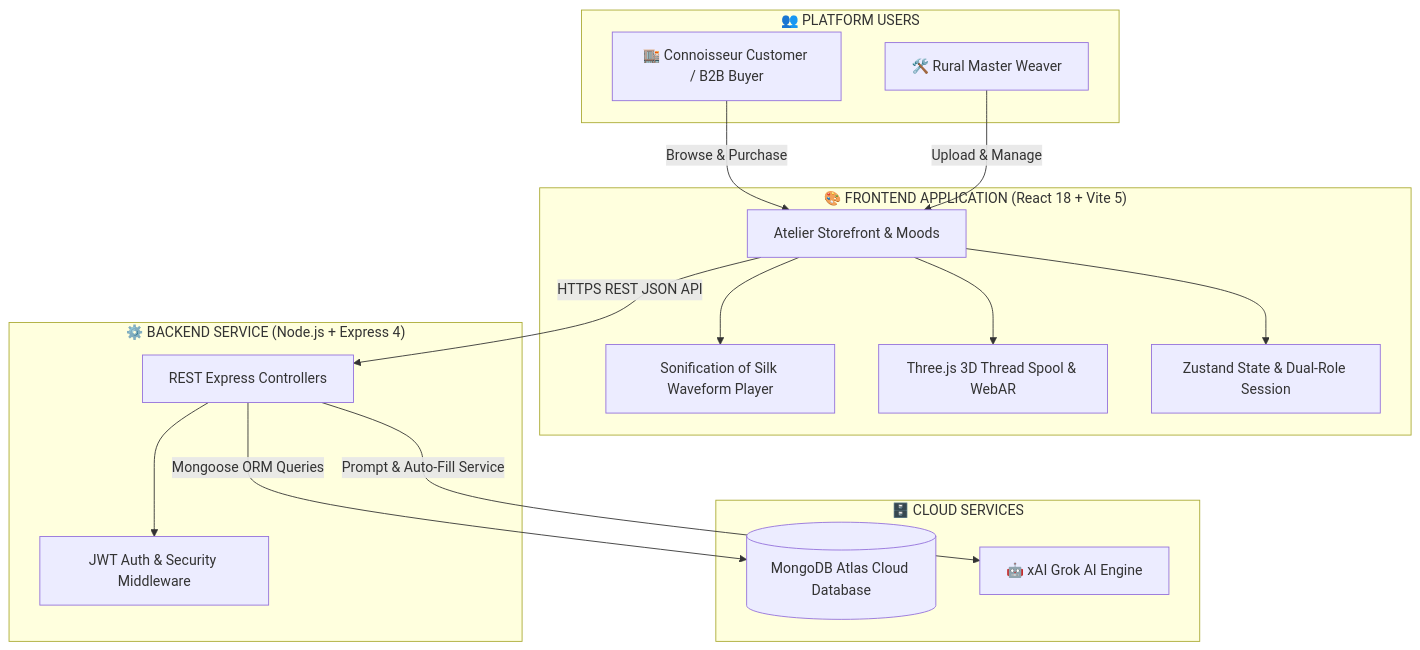
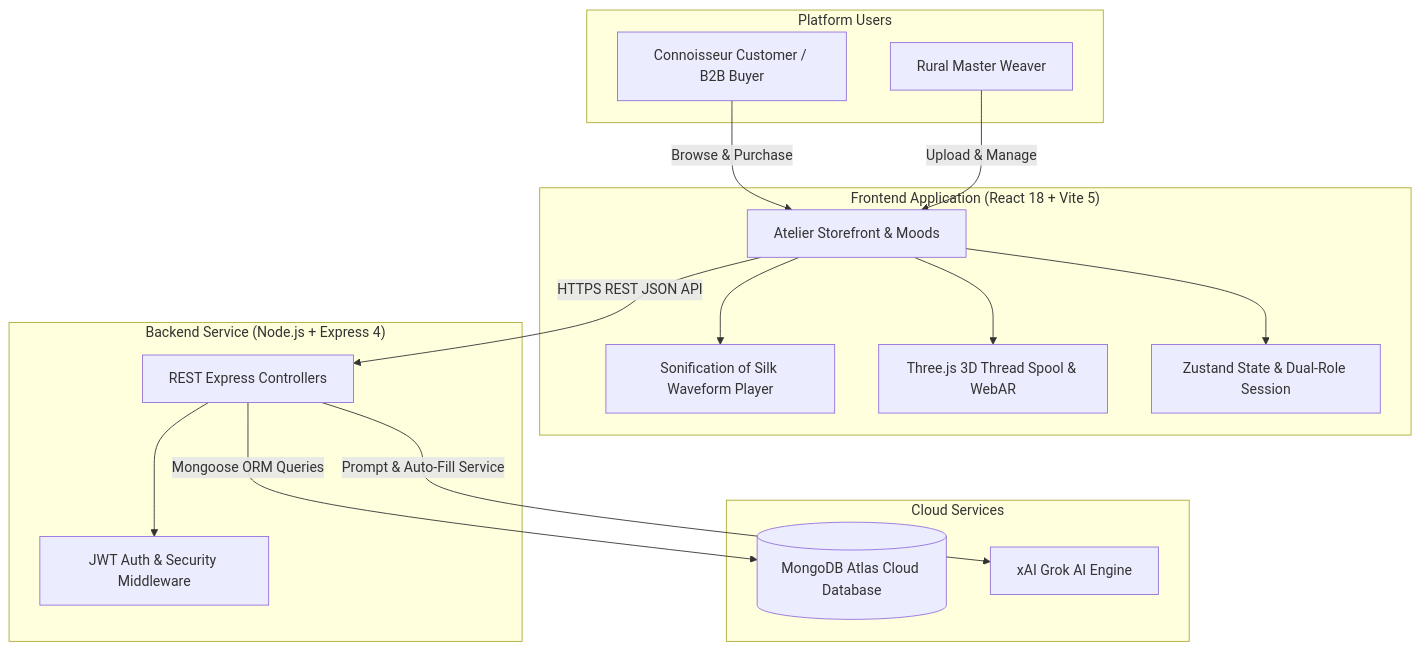
The first of 4 diagrams in README.md (HardikMathur11/Adraya), drawn with Mermaid before and after one commit. The commit also changed other lines of this file, not shown here.

````diff
--- a/README.md
+++ b/README.md
@@ -118,34 +118,34 @@
 ```mermaid
 flowchart TD
-    subgraph Users["👥 PLATFORM USERS"]
-        C["🏬 Connoisseur Customer / B2B Buyer"]
-        W["🛠️ Rural Master Weaver"]
+    subgraph Users["Platform Users"]
+        C["Connoisseur Customer / B2B Buyer"]
+        W["Rural Master Weaver"]
     end
 
-    subgraph Client["🎨 FRONTEND APPLICATION (React 18 + Vite 5)"]
+    subgraph Client["Frontend Application (React 18 + Vite 5)"]
         UI["Atelier Storefront & Moods"]
         LoomAudio["Sonification of Silk Waveform Player"]
         Canvas3D["Three.js 3D Thread Spool & WebAR"]
         Store["Zustand State & Dual-Role Session"]
     end
 
-    subgraph Server["⚙️ BACKEND SERVICE (Node.js + Express 4)"]
+    subgraph Server["Backend Service (Node.js + Express 4)"]
         API["REST Express Controllers"]
         JWT["JWT Auth & Security Middleware"]
     end
 
-    subgraph Data["🗄️ CLOUD SERVICES"]
+    subgraph Data["Cloud Services"]
         Mongo[("MongoDB Atlas Cloud Database")]
-        Grok["🤖 xAI Grok AI Engine"]
+        Grok["xAI Grok AI Engine"]
     end
 
     C -->|Browse & Purchase| UI
     W -->|Upload & Manage| UI
     UI --> LoomAudio
     UI --> Canvas3D
     UI --> Store
     UI -->|HTTPS REST JSON API| API
     API --> JWT
     API -->|Mongoose ORM Queries| Mongo
     API -->|Prompt & Auto-Fill Service| Grok
 ```
````
